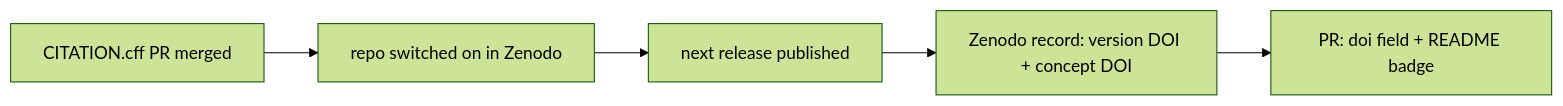
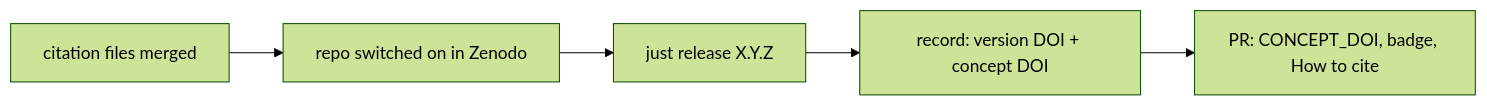
The diagram in docs/MIPs/MIP-0079-zenodo-dois-and-citation.md (marola-dev/marola), drawn with Mermaid (forest theme) before and after one commit. The commit also changed other lines of this file and 2 other files, not shown here.

First line of the commit message:
MIP-0079: docs(mips): the umbrella first, .zenodo.json as the source, just release

````diff
--- a/docs/MIPs/MIP-0079-zenodo-dois-and-citation.md
+++ b/docs/MIPs/MIP-0079-zenodo-dois-and-citation.md
@@ -143,7 +162,7 @@
 ```mermaid
 flowchart LR
-  A[CITATION.cff PR merged] --> B[repo switched on in Zenodo]
-  B --> C[next release published]
-  C --> D[Zenodo record: version DOI + concept DOI]
-  D --> E[PR: doi field + README badge]
+  A[citation files merged] --> B[repo switched on in Zenodo]
+  B --> C[just release X.Y.Z]
+  C --> D[record: version DOI + concept DOI]
+  D --> E[PR: CONCEPT_DOI, badge, How to cite]
 ```
````
